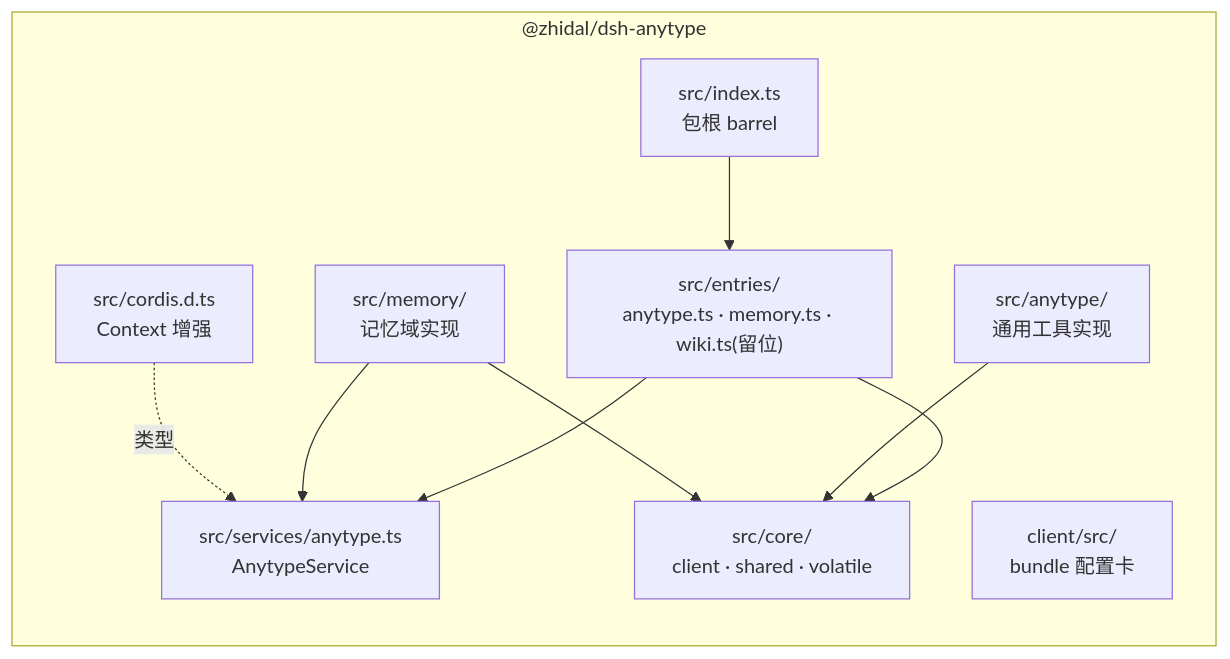
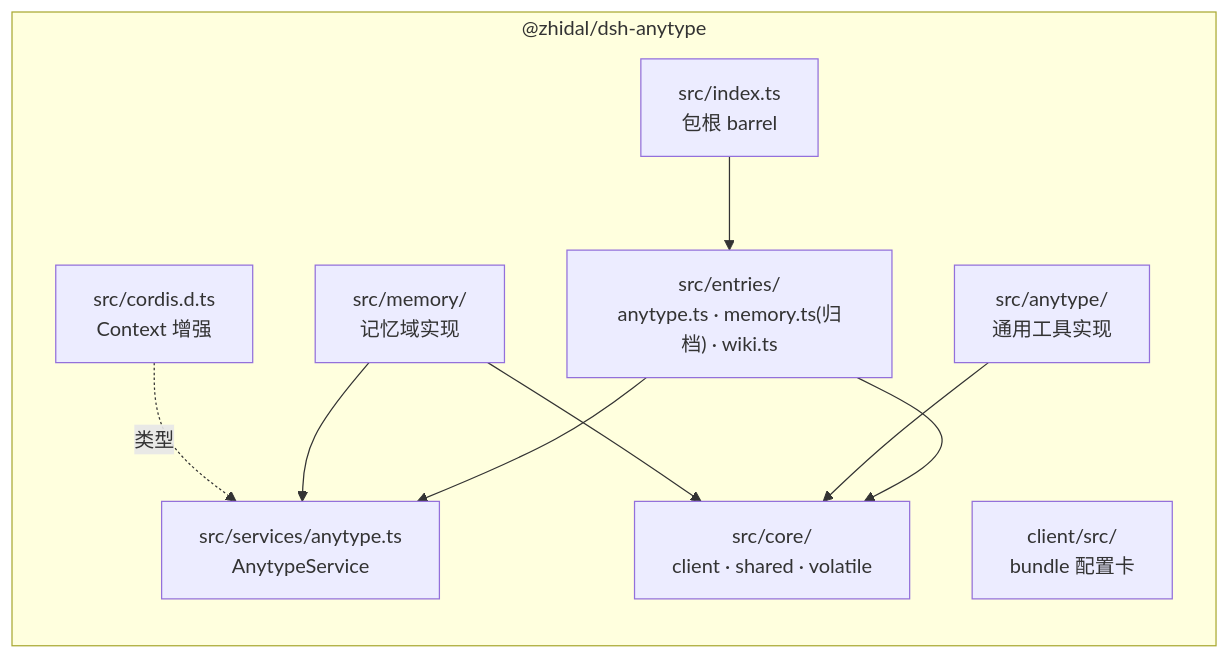
Before and after one commit to lzhida/dsh-plugins-workspace: the second of 2 diagrams in packages/dsh-anytype/docs/bundle-architecture.md, drawn with Mermaid. The commit also changed other lines of this file and 21 other files, not shown here.

First line of the commit message:
feat(dsh-anytype): 新增 dsh-anytype-wiki 插件行（AI 笔记知识库）

````diff
--- a/packages/dsh-anytype/docs/bundle-architecture.md
+++ b/packages/dsh-anytype/docs/bundle-architecture.md
@@ -181,20 +185,20 @@
 ```mermaid
 flowchart LR
     subgraph pkg["@zhidal/dsh-anytype"]
-        EN["src/entries/<br/>anytype.ts · memory.ts · wiki.ts(留位)"]
+        EN["src/entries/<br/>anytype.ts · memory.ts(归档) · wiki.ts"]
         SV["src/services/anytype.ts<br/>AnytypeService"]
         CO["src/core/<br/>client · shared · volatile"]
         AT["src/anytype/<br/>通用工具实现"]
         ME["src/memory/<br/>记忆域实现"]
         CD["src/cordis.d.ts<br/>Context 增强"]
         RT["src/index.ts<br/>包根 barrel"]
         CL["client/src/<br/>bundle 配置卡"]
     end
     EN --> SV
     EN --> CO
     AT --> CO
     ME --> CO
     ME --> SV
     CD -.类型.-> SV
     RT --> EN
 ```
````
